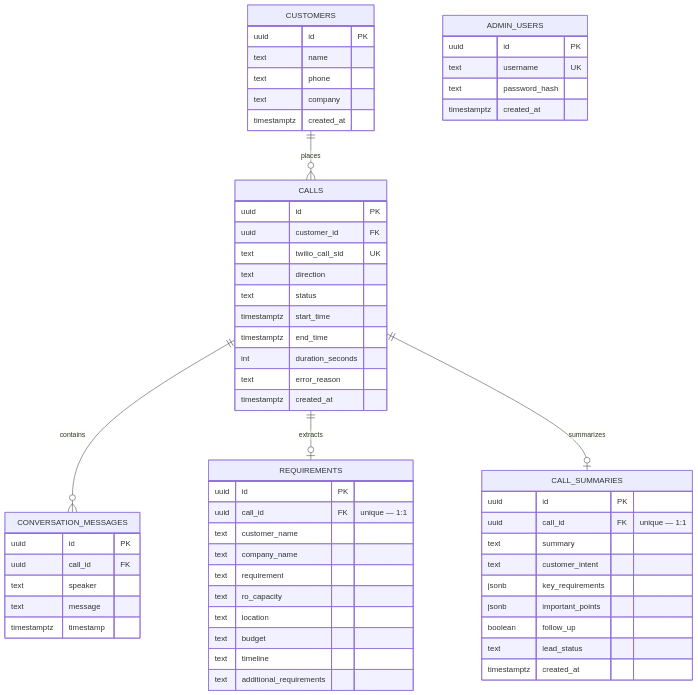
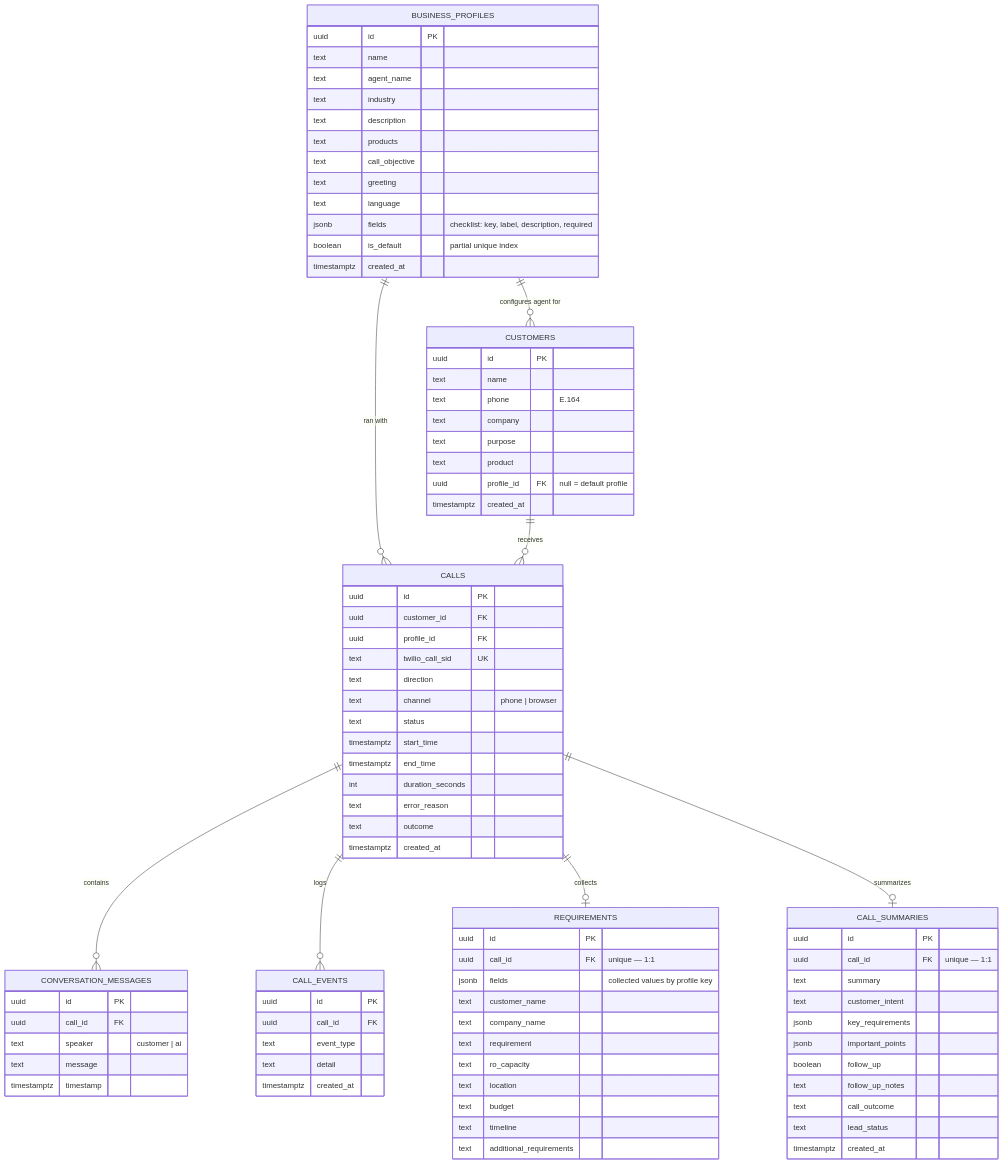
One commit to tanmayfulzele2003-star/RO-Voice changed the second of 2 diagrams in ARCHITECTURE.md. Above: the diagram before and after it, drawn with Mermaid. The commit also changed other lines of this file and 40 other files, not shown here.

````diff
--- a/ARCHITECTURE.md
+++ b/ARCHITECTURE.md
@@ -98,39 +163,70 @@
 ```mermaid
 erDiagram
-    CUSTOMERS ||--o{ CALLS : places
+    BUSINESS_PROFILES ||--o{ CUSTOMERS : "configures agent for"
+    BUSINESS_PROFILES ||--o{ CALLS : "ran with"
+    CUSTOMERS ||--o{ CALLS : receives
     CALLS ||--o{ CONVERSATION_MESSAGES : contains
-    CALLS ||--o| REQUIREMENTS : extracts
+    CALLS ||--o{ CALL_EVENTS : logs
+    CALLS ||--o| REQUIREMENTS : collects
     CALLS ||--o| CALL_SUMMARIES : summarizes
 
+    BUSINESS_PROFILES {
+        uuid id PK
+        text name
+        text agent_name
+        text industry
+        text description
+        text products
+        text call_objective
+        text greeting
+        text language
+        jsonb fields "checklist: key, label, description, required"
+        boolean is_default "partial unique index"
+        timestamptz created_at
+    }
     CUSTOMERS {
         uuid id PK
         text name
-        text phone
+        text phone "E.164"
         text company
+        text purpose
+        text product
+        uuid profile_id FK "null = default profile"
         timestamptz created_at
     }
     CALLS {
         uuid id PK
         uuid customer_id FK
+        uuid profile_id FK
         text twilio_call_sid UK
         text direction
+        text channel "phone | browser"
         text status
         timestamptz start_time
         timestamptz end_time
         int duration_seconds
         text error_reason
+        text outcome
         timestamptz created_at
     }
     CONVERSATION_MESSAGES {
         uuid id PK
         uuid call_id FK
-        text speaker
+        text speaker "customer | ai"
         text message
         timestamptz timestamp
+    }
+    CALL_EVENTS {
+        uuid id PK
+        uuid call_id FK
+        text event_type
+        text detail
+        timestamptz created_at
     }
     REQUIREMENTS {
         uuid id PK
         uuid call_id FK "unique — 1:1"
+        jsonb fields "collected values by profile key"
         text customer_name
         text company_name
         text requirement
@@ -148,13 +244,9 @@
         jsonb key_requirements
         jsonb important_points
         boolean follow_up
+        text follow_up_notes
+        text call_outcome
         text lead_status
         timestamptz created_at
     }
-    ADMIN_USERS {
-        uuid id PK
-        text username UK
-        text password_hash
-        timestamptz created_at
-    }
 ```
````
